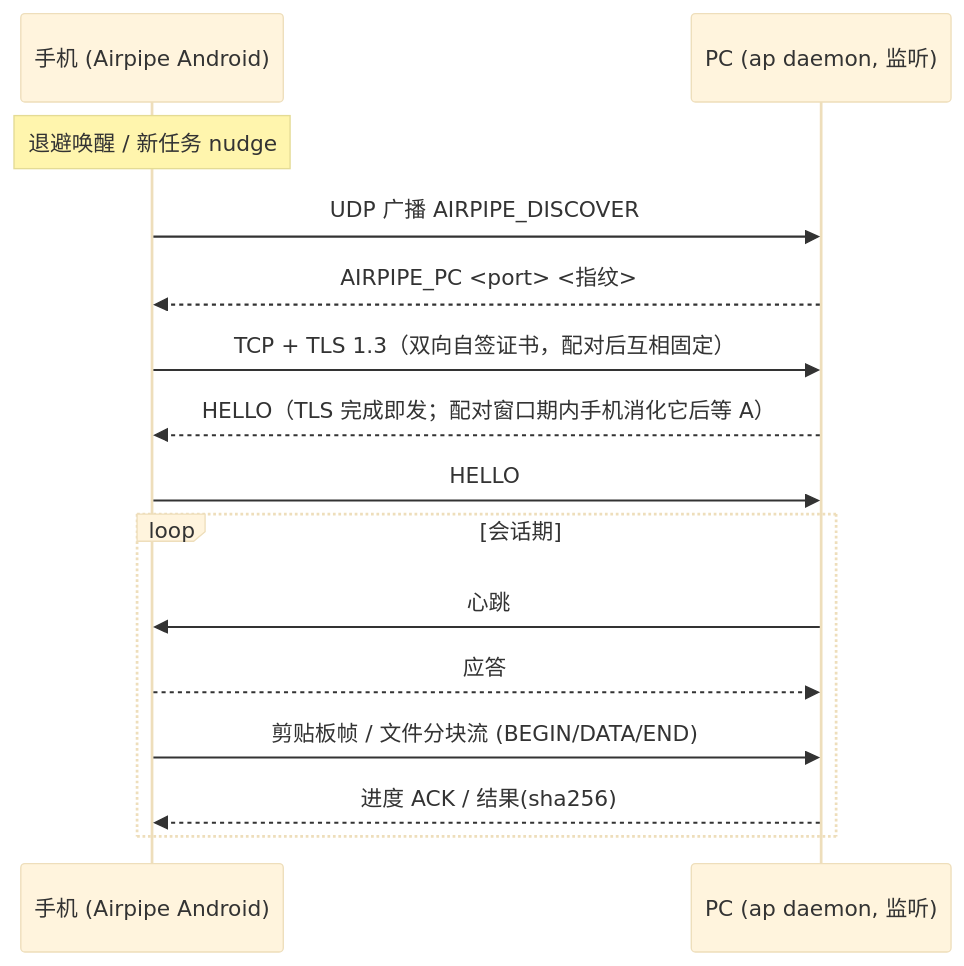
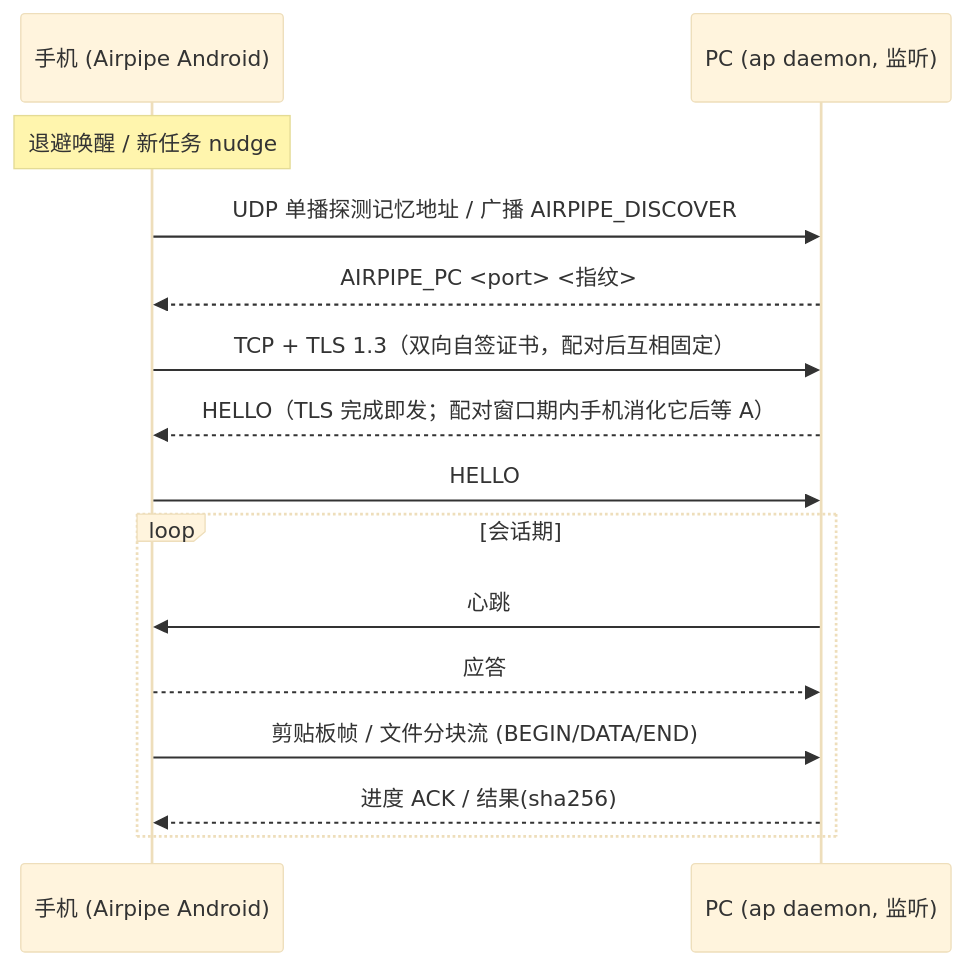
The diagram in README.md (morethan987/airpipe), drawn with Mermaid (base theme) before and after one commit. The commit also changed other lines of this file and 2 other files, not shown here.

First line of the commit message:
release: prepare Airpipe v1.6.0

````diff
--- a/README.md
+++ b/README.md
@@ -49,17 +49,17 @@
 ```mermaid
 sequenceDiagram
     participant A as 手机 (Airpipe Android)
     participant P as PC (ap daemon, 监听)
     Note over A: 退避唤醒 / 新任务 nudge
-    A->>P: UDP 广播 AIRPIPE_DISCOVER
+    A->>P: UDP 单播探测记忆地址 / 广播 AIRPIPE_DISCOVER
     P-->>A: AIRPIPE_PC <port> <指纹>
     A->>P: TCP + TLS 1.3（双向自签证书，配对后互相固定）
     P-->>A: HELLO（TLS 完成即发；配对窗口期内手机消化它后等 A）
     A->>P: HELLO
     loop 会话期
         P->>A: 心跳
         A-->>P: 应答
         A->>P: 剪贴板帧 / 文件分块流 (BEGIN/DATA/END)
         P-->>A: 进度 ACK / 结果(sha256)
     end
 ```
````
